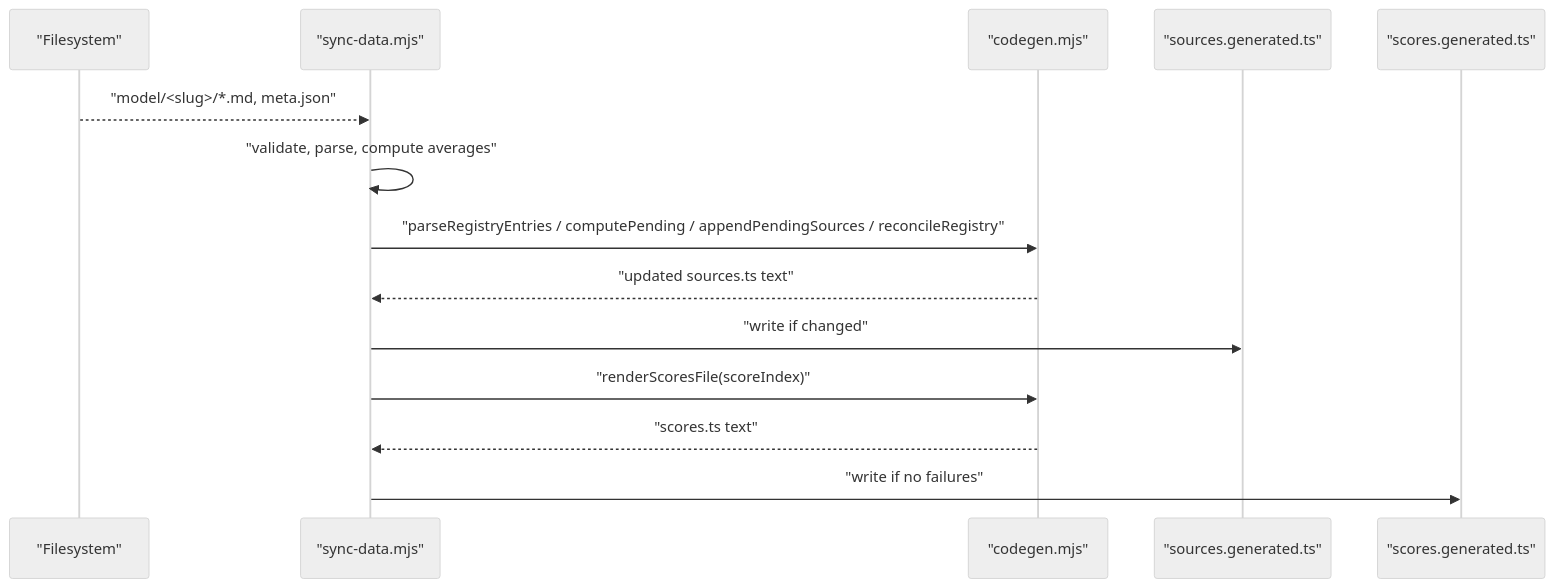
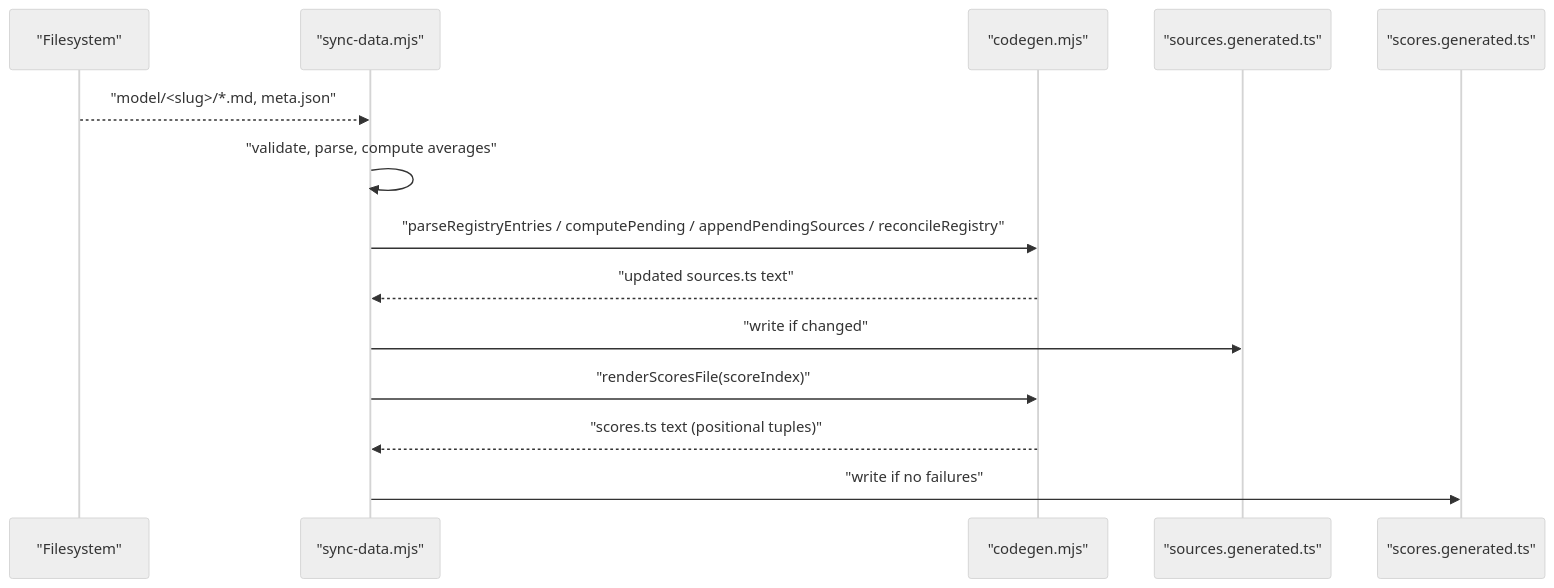
Before and after one commit to delirium-dj/modelcomp: the second of 6 diagrams in .qoder/repowiki/en/content/Data Management System/Data Synchronization Pipeline/Code Generation System.md, drawn with Mermaid (neutral theme). The commit also changed other lines of this file and 72 other files, not shown here.

````diff
--- a/.qoder/repowiki/en/content/Data Management System/Data Synchronization Pipeline/Code Generation System.md
+++ b/.qoder/repowiki/en/content/Data Management System/Data Synchronization Pipeline/Code Generation System.md
@@ -72,16 +84,16 @@
 ```mermaid
 sequenceDiagram
 participant FS as "Filesystem"
 participant Sync as "sync-data.mjs"
 participant Codegen as "codegen.mjs"
 participant SourcesTS as "sources.generated.ts"
 participant ScoresTS as "scores.generated.ts"
 FS-->>Sync : "model/<slug>/*.md, meta.json"
 Sync->>Sync : "validate, parse, compute averages"
 Sync->>Codegen : "parseRegistryEntries / computePending / appendPendingSources / reconcileRegistry"
 Codegen-->>Sync : "updated sources.ts text"
 Sync->>SourcesTS : "write if changed"
 Sync->>Codegen : "renderScoresFile(scoreIndex)"
-Codegen-->>Sync : "scores.ts text"
+Codegen-->>Sync : "scores.ts text (positional tuples)"
 Sync->>ScoresTS : "write if no failures"
 ```
````
